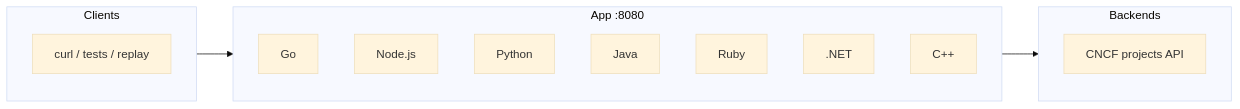
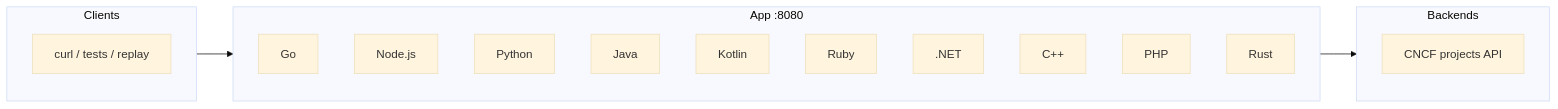
Before and after one commit to speedscale/mock-lab: the diagram in README.md, drawn with Mermaid (base theme). The commit also changed other lines of this file and 51 other files, not shown here.

First line of the commit message:
feat: add PHP, Kotlin, and Rust proxymock demo apps

````diff
--- a/README.md
+++ b/README.md
@@ -12,23 +12,26 @@
 ```mermaid
 flowchart LR
     subgraph clients["Clients"]
         c["curl / tests / replay"]
     end
 
     subgraph app["App :8080"]
         direction TB
         go[Go]
         node["Node.js"]
         python[Python]
         java[Java]
+        kotlin[Kotlin]
         ruby[Ruby]
         dotnet[".NET"]
         cpp["C++"]
+        php[PHP]
+        rust[Rust]
     end
 
     subgraph backends["Backends"]
         api["CNCF projects API"]
     end
 
     clients --> app --> backends
 ```
````
